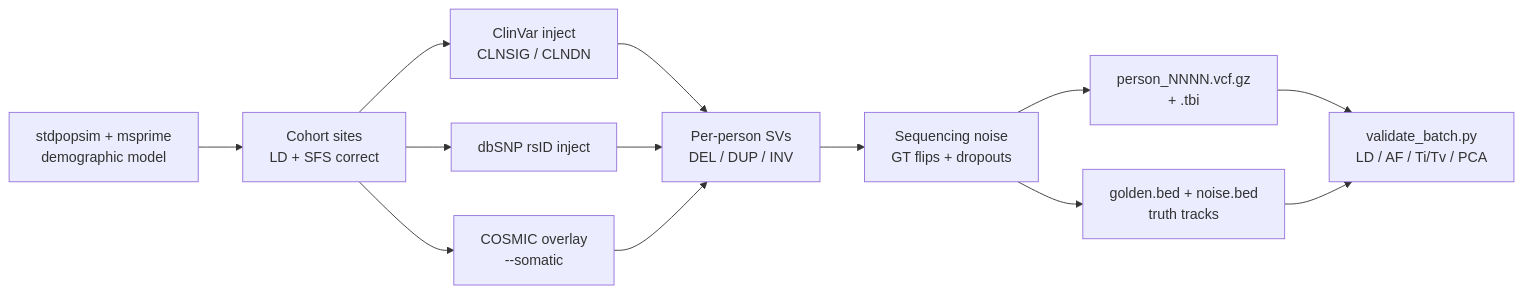
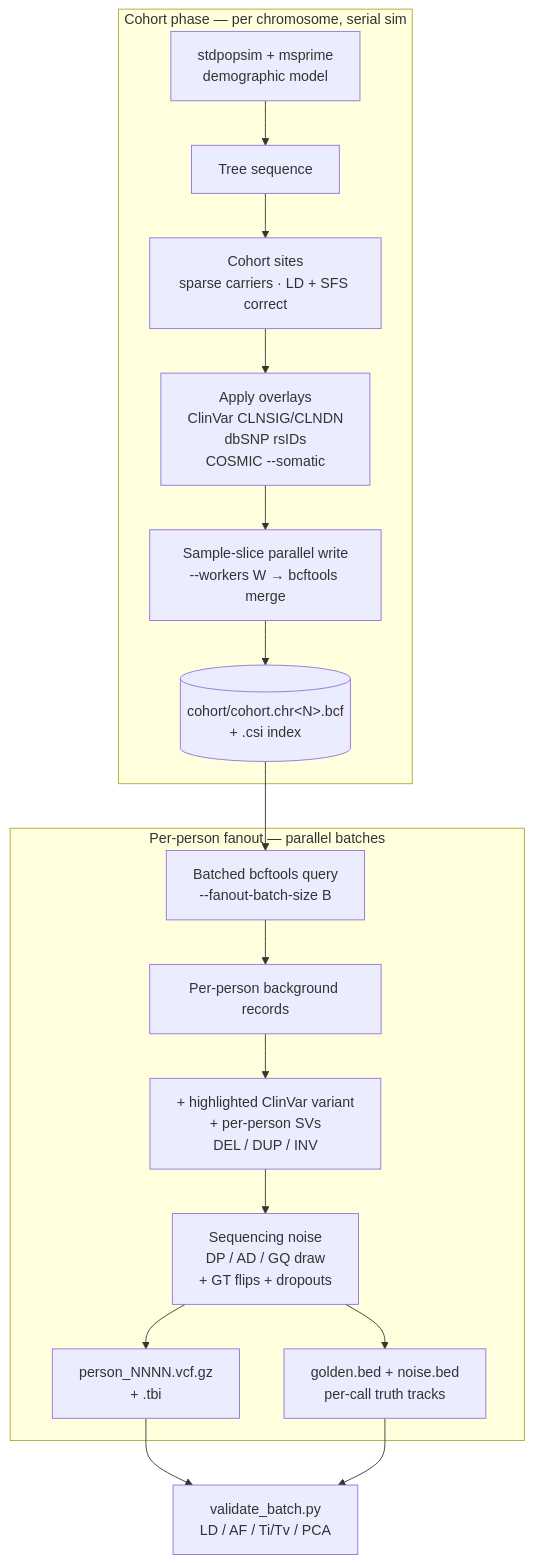
The diagram in README.md (nigel4321/synthetic-people), drawn with Mermaid before and after one commit. The commit also changed other lines of this file and 7 other files, not shown here.

````diff
--- a/README.md
+++ b/README.md
@@ -66,15 +76,22 @@
 ```mermaid
-flowchart LR
-    A[stdpopsim + msprime<br/>demographic model] --> B[Cohort sites<br/>LD + SFS correct]
-    B --> C[ClinVar inject<br/>CLNSIG / CLNDN]
-    B --> D[dbSNP rsID inject]
-    B --> E[COSMIC overlay<br/>--somatic]
-    C --> F[Per-person SVs<br/>DEL / DUP / INV]
-    D --> F
-    E --> F
-    F --> G[Sequencing noise<br/>GT flips + dropouts]
-    G --> H[person_NNNN.vcf.gz<br/>+ .tbi]
-    G --> I[golden.bed + noise.bed<br/>truth tracks]
-    H --> J[validate_batch.py<br/>LD / AF / Ti/Tv / PCA]
-    I --> J
+flowchart TD
+    subgraph cohort_phase["Cohort phase — per chromosome, serial sim"]
+      A[stdpopsim + msprime<br/>demographic model] --> B[Tree sequence]
+      B --> C[Cohort sites<br/>sparse carriers · LD + SFS correct]
+      C --> D[Apply overlays<br/>ClinVar CLNSIG/CLNDN<br/>dbSNP rsIDs<br/>COSMIC --somatic]
+      D --> E[Sample-slice parallel write<br/>--workers W → bcftools merge]
+      E --> F[(cohort/cohort.chr&lt;N&gt;.bcf<br/>+ .csi index)]
+    end
+
+    subgraph fanout_phase["Per-person fanout — parallel batches"]
+      F --> G[Batched bcftools query<br/>--fanout-batch-size B]
+      G --> H[Per-person background records]
+      H --> I[+ highlighted ClinVar variant<br/>+ per-person SVs<br/>DEL / DUP / INV]
+      I --> J[Sequencing noise<br/>DP / AD / GQ draw<br/>+ GT flips + dropouts]
+      J --> K[person_NNNN.vcf.gz<br/>+ .tbi]
+      J --> L[golden.bed + noise.bed<br/>per-call truth tracks]
+    end
+
+    K --> M[validate_batch.py<br/>LD / AF / Ti/Tv / PCA]
+    L --> M
 ```
````
